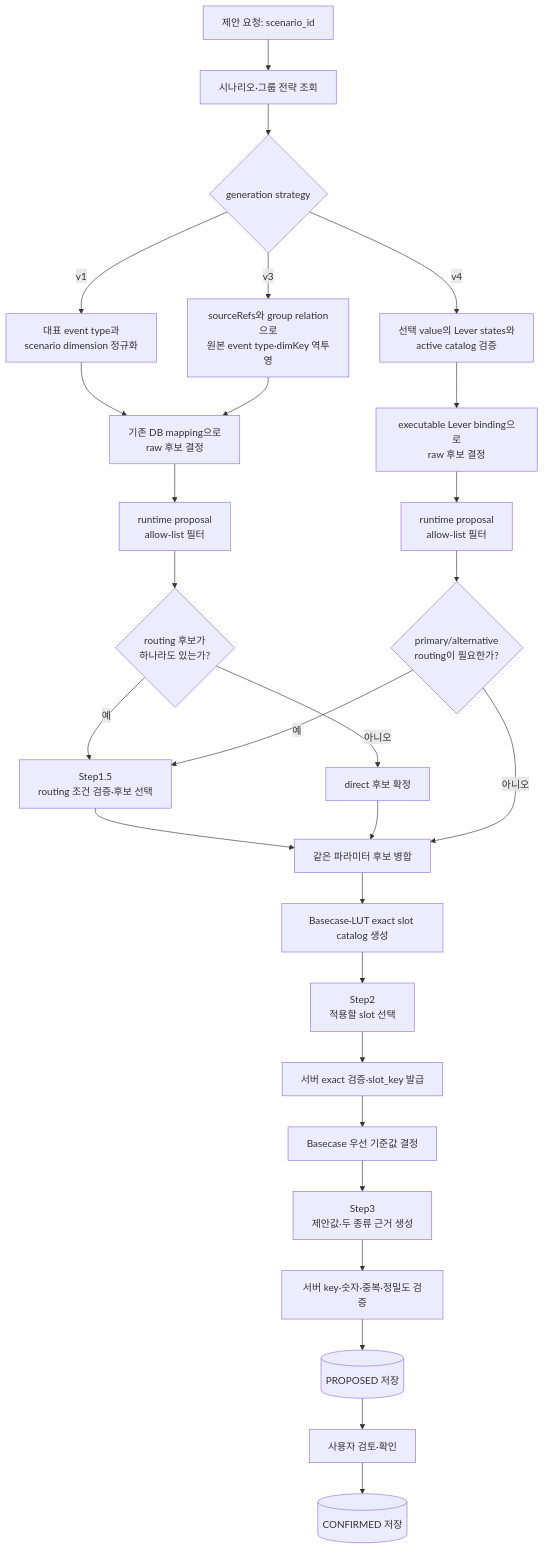
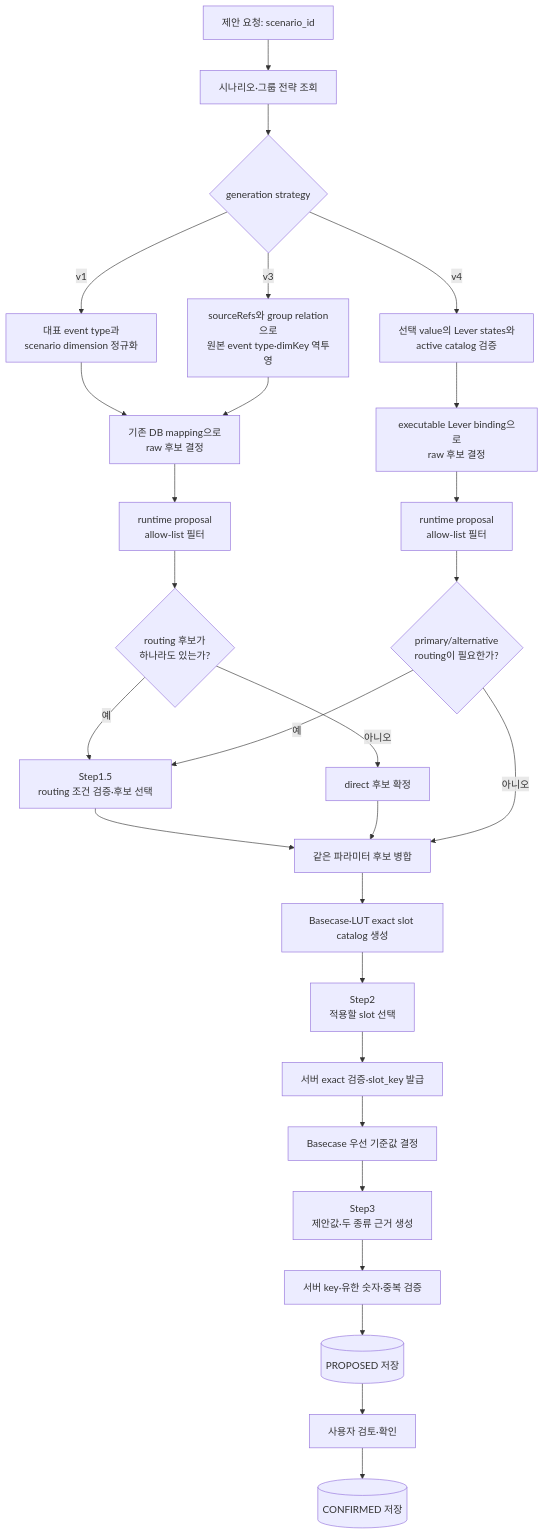
One commit to enkhbaatarL/skmip-mi-agent changed the first of 4 diagrams in apps/agents/model_parameter_agent/docs/04_MODEL_PARAMETER_AGENT_FLOW.md. Above: the diagram before and after it, drawn with Mermaid. The commit also changed other lines of this file and 14 other files, not shown here.

````diff
--- a/apps/agents/model_parameter_agent/docs/04_MODEL_PARAMETER_AGENT_FLOW.md
+++ b/apps/agents/model_parameter_agent/docs/04_MODEL_PARAMETER_AGENT_FLOW.md
@@ -30,30 +30,30 @@
 ```mermaid
 flowchart TD
     A[제안 요청: scenario_id] --> B[시나리오·그룹 전략 조회]
     B --> V{generation strategy}
     V -- v1 --> C1[대표 event type과\nscenario dimension 정규화]
     V -- v3 --> C2[sourceRefs와 group relation으로\n원본 event type·dimKey 역투영]
     V -- v4 --> C3[선택 value의 Lever states와\nactive catalog 검증]
     C1 --> C[기존 DB mapping으로\nraw 후보 결정]
     C2 --> C
     C3 --> C4[executable Lever binding으로\nraw 후보 결정]
     C --> R1[runtime proposal\nallow-list 필터]
     C4 --> R4[runtime proposal\nallow-list 필터]
     R1 --> D{routing 후보가<br/>하나라도 있는가?}
     R4 --> D4{primary/alternative\nrouting이 필요한가?}
     D -- 예 --> E[Step1.5<br/>routing 조건 검증·후보 선택]
     D -- 아니오 --> F[direct 후보 확정]
     E --> G[같은 파라미터 후보 병합]
     F --> G
     D4 -- 예 --> E
     D4 -- 아니오 --> G
     G --> H[Basecase·LUT exact slot catalog 생성]
     H --> I[Step2<br/>적용할 slot 선택]
     I --> J[서버 exact 검증·slot_key 발급]
     J --> K[Basecase 우선 기준값 결정]
     K --> L[Step3<br/>제안값·두 종류 근거 생성]
-    L --> M[서버 key·숫자·중복·정밀도 검증]
+    L --> M[서버 key·유한 숫자·중복 검증]
     M --> N[(PROPOSED 저장)]
     N --> O[사용자 검토·확인]
     O --> P[(CONFIRMED 저장)]
 ```
````
